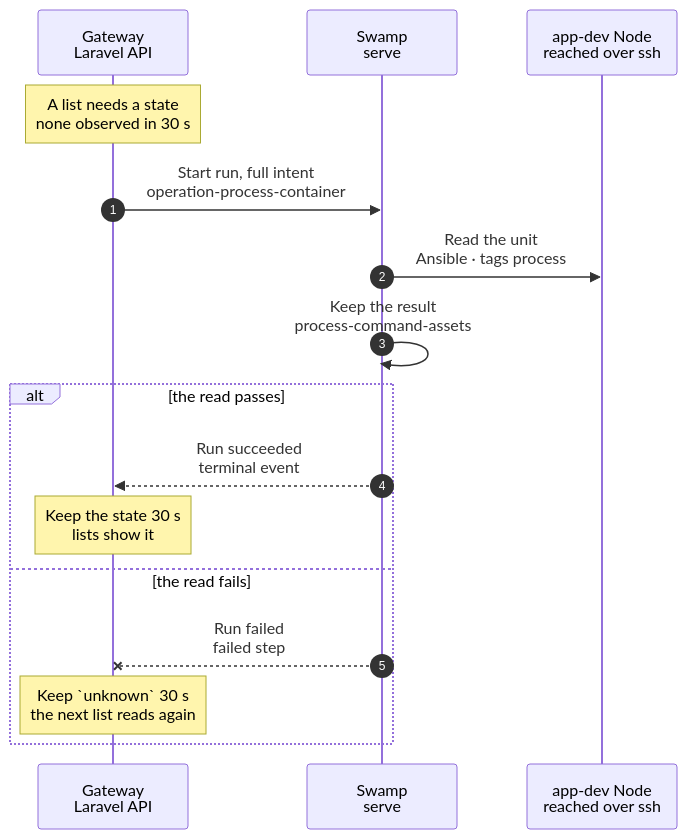
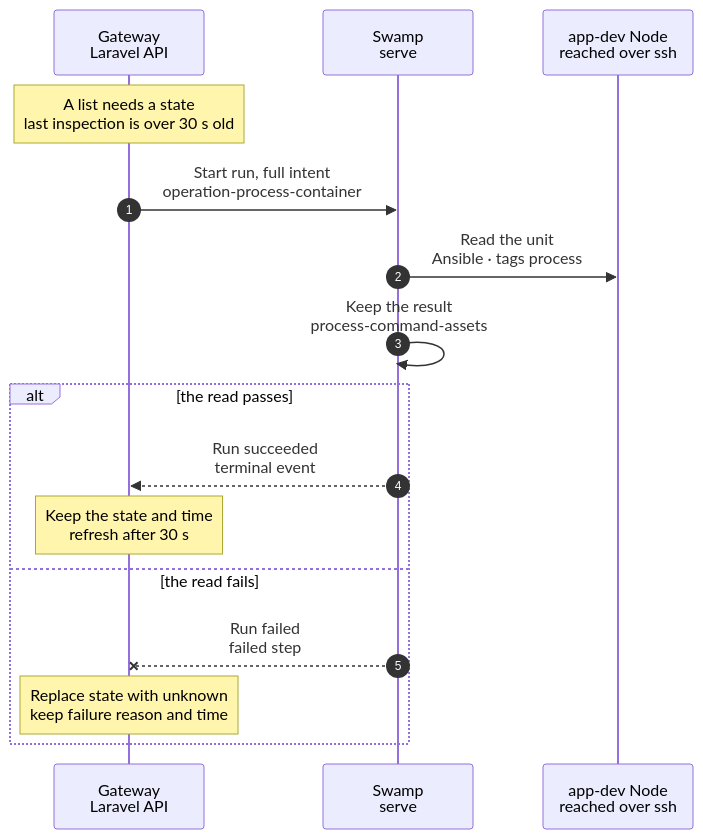
One commit to hardimpactdev/orbit changed the diagram in docs/cli/process/inspect.mmd. Above: the diagram before and after it, drawn with Mermaid. The commit also changed 9 other files, not shown here.

First line of the commit message:
fix: retain container Process status during asynchronous refresh (#3404)

```diff
--- a/docs/cli/process/inspect.mmd
+++ b/docs/cli/process/inspect.mmd
@@ -1,30 +1,33 @@
 sequenceDiagram
   %% Target design, container runtime (ADR 0250, docs/reference/development-containers.md#processes): the status of a Process in an Instance container. No command starts it; a Process list does.
   %% status: draft
   %% command: none · Process lists
   %% kind: process.inspect
   autonumber
   %% lane GW icon=gateway pill=intent tone=blue
   %% lane SW icon=workflow pill=executes tone=green
   %% lane N icon=server pill=target tone=amber
   participant GW as Gateway<br/>Laravel API
   participant SW as Swamp<br/>serve
   participant N as app-dev Node<br/>reached over ssh
-  Note over GW: A list needs a state<br/>none observed in 30 s
+  Note over GW: A list needs a state<br/>last inspection is over 30 s old
   %%> What it does:
-  %%> - neither Prometheus nor the Node agent sees a container's units, so the list answers `unknown` and starts a read off the request
-  %%> - at most four reads start per list, and one read per Process at a time
+  %%> - neither Prometheus nor the Node agent sees a container's units, so the list keeps the last completed inspection's state, observed_at and reason, and starts a read off the request; only a never-inspected Process has no observation
+  %%> - at most four reads start per list, oldest observed_at first and never-inspected first; one read per Process at a time
+  %%> - each Process waits 30 s after its durable last outcome, including after cache eviction
+  %%> - a running or unfinished Instance migration answers unknown with instance.lifecycle_busy and starts no read
+  %%> - a refusal or exception before execution records a failed inspection with its time and reason; only an already queued or running inspection of this Process keeps the last state
   GW->>SW: Start run, full intent<br/>operation-process-container
   SW->>N: Read the unit<br/>Ansible · tags process
   %%> What it does:
   %%> - `systemctl is-active` in the container through `incus exec`
   SW->>SW: Keep the result<br/>process-command-assets
   %%> What it does:
   %%> - publishes the unit's state; journal lines of a log read go only to the vault
   alt the read passes
     SW-->>GW: Run succeeded<br/>terminal event
-    Note over GW: Keep the state 30 s<br/>lists show it
+    Note over GW: Keep the state and time<br/>refresh after 30 s
   else the read fails
     SW--xGW: Run failed<br/>failed step
-    Note over GW: Keep `unknown` 30 s<br/>the next list reads again
+    Note over GW: Replace state with unknown<br/>keep failure reason and time
   end
```
